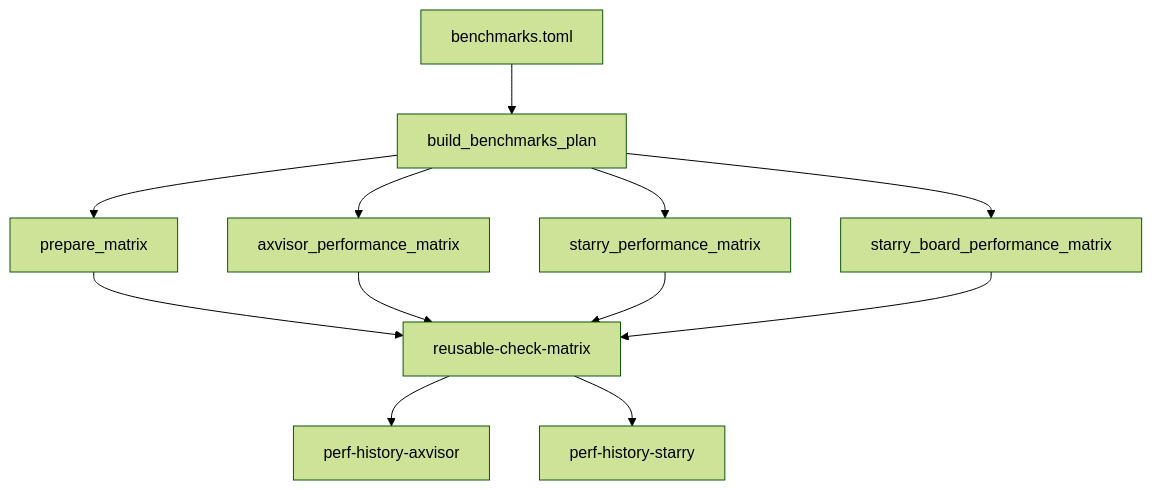
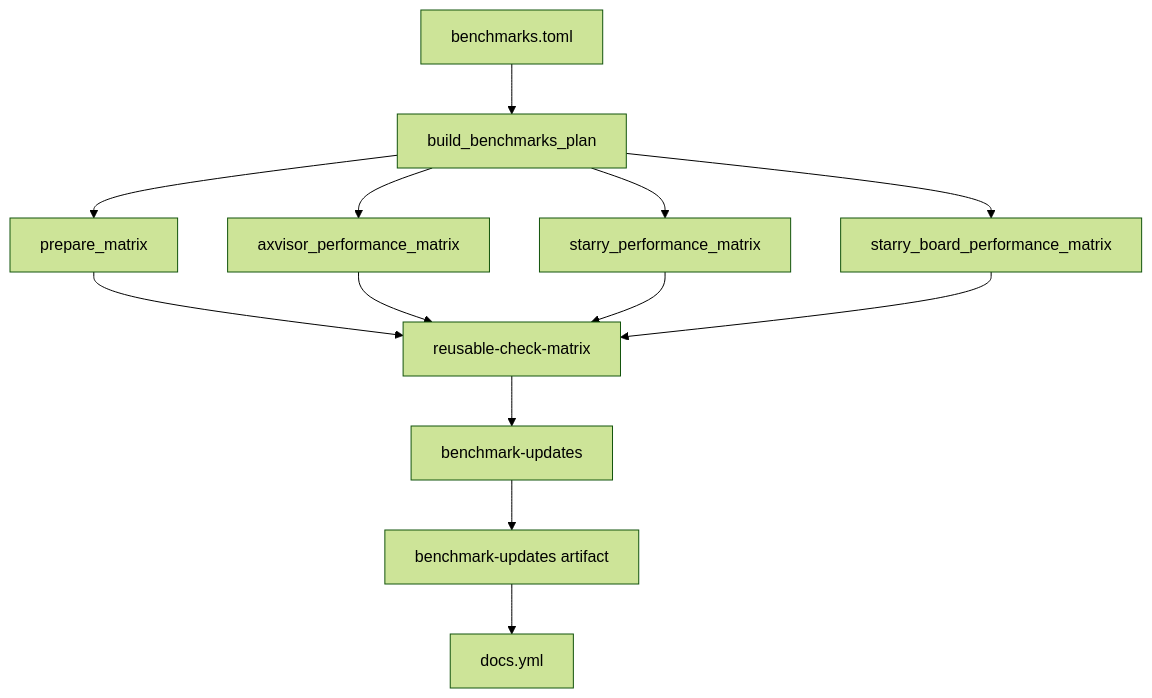
One commit to Josen-B/tgoskits changed the diagram in docs/docs/ci/testing/benchmarks.md. Above: the diagram before and after it, drawn with Mermaid (forest theme). The commit also changed other lines of this file and 35 other files, not shown here.

First line of the commit message:
ci(benchmarks): hand perf history updates to the docs Pages workflow

````diff
--- a/docs/docs/ci/testing/benchmarks.md
+++ b/docs/docs/ci/testing/benchmarks.md
@@ -52,14 +52,15 @@
 ```mermaid
 flowchart TD
     manifest[benchmarks.toml] --> plan[build_benchmarks_plan]
     plan --> prepare[prepare_matrix]
     plan --> axvisor[axvisor_performance_matrix]
     plan --> starryqemu[starry_performance_matrix]
     plan --> starryboard[starry_board_performance_matrix]
     prepare --> reusable[reusable-check-matrix]
     axvisor --> reusable
     starryqemu --> reusable
     starryboard --> reusable
-    reusable --> axxhistory[perf-history-axvisor]
-    reusable --> starryhistory[perf-history-starry]
+    reusable --> updates[benchmark-updates]
+    updates --> artifact[benchmark-updates artifact]
+    artifact --> docs[docs.yml]
 ```
````
